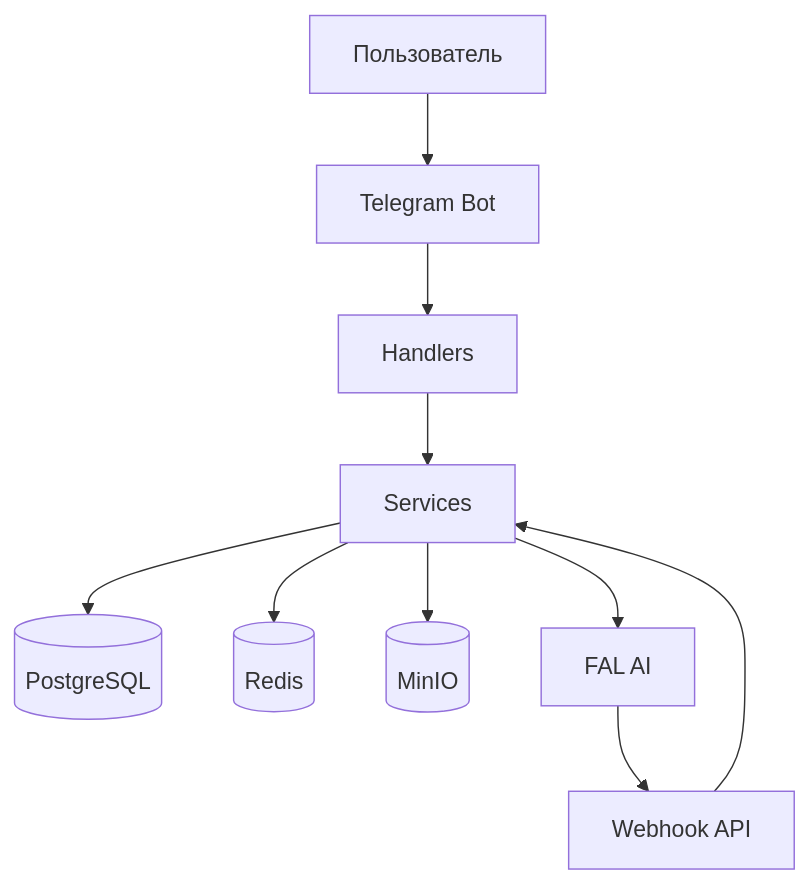
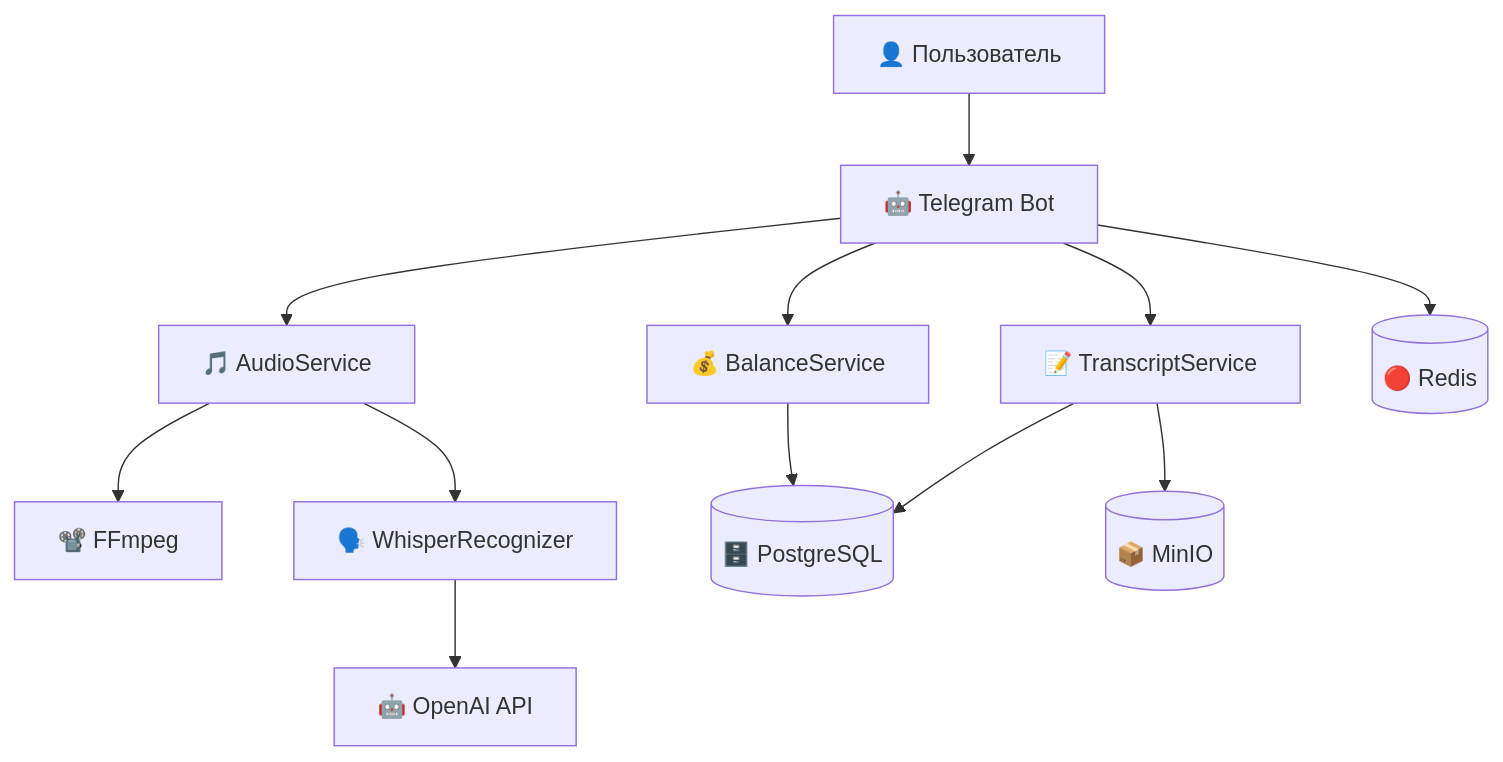
The diagram in docs/README.md (sergeyshmagin/Aisha_bot_new), drawn with Mermaid before and after one commit. The commit also changed other lines of this file and 24 other files, not shown here.

Commit message:
🔄 Обновление документации и архитектуры - фокус на транскрибации через OpenAI Whisper, система платных услуг, улучшенное логирование, очистка устаревшей документации

````diff
--- a/docs/README.md
+++ b/docs/README.md
@@ -76,13 +68,17 @@
 ```mermaid
 graph TB
-    U[Пользователь] --> TB[Telegram Bot]
-    TB --> H[Handlers]
-    H --> S[Services]
-    S --> DB[(PostgreSQL)]
-    S --> R[(Redis)]
-    S --> M[(MinIO)]
-    S --> F[FAL AI]
+    U[👤 Пользователь] --> TB[🤖 Telegram Bot]
+    TB --> AS[🎵 AudioService]
+    AS --> FF[📽️ FFmpeg]
+    AS --> WR[🗣️ WhisperRecognizer]
+    WR --> OAI[🤖 OpenAI API]
     
-    WH[Webhook API] --> S
-    F --> WH
+    TB --> BS[💰 BalanceService]
+    TB --> TS[📝 TranscriptService]
+    
+    BS --> DB[(🗄️ PostgreSQL)]
+    TS --> DB
+    TS --> S3[(📦 MinIO)]
+    
+    TB --> R[(🔴 Redis)]
 ```
````
